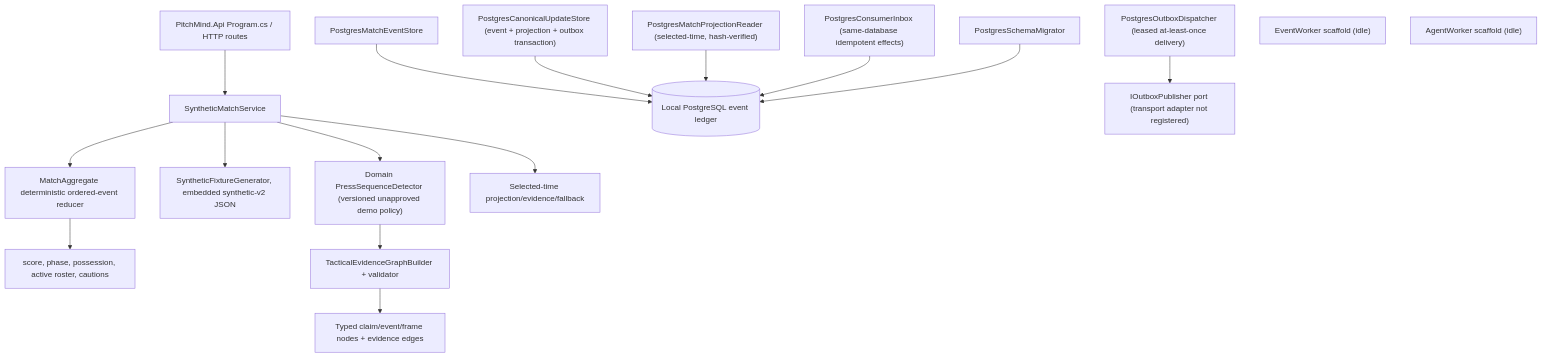
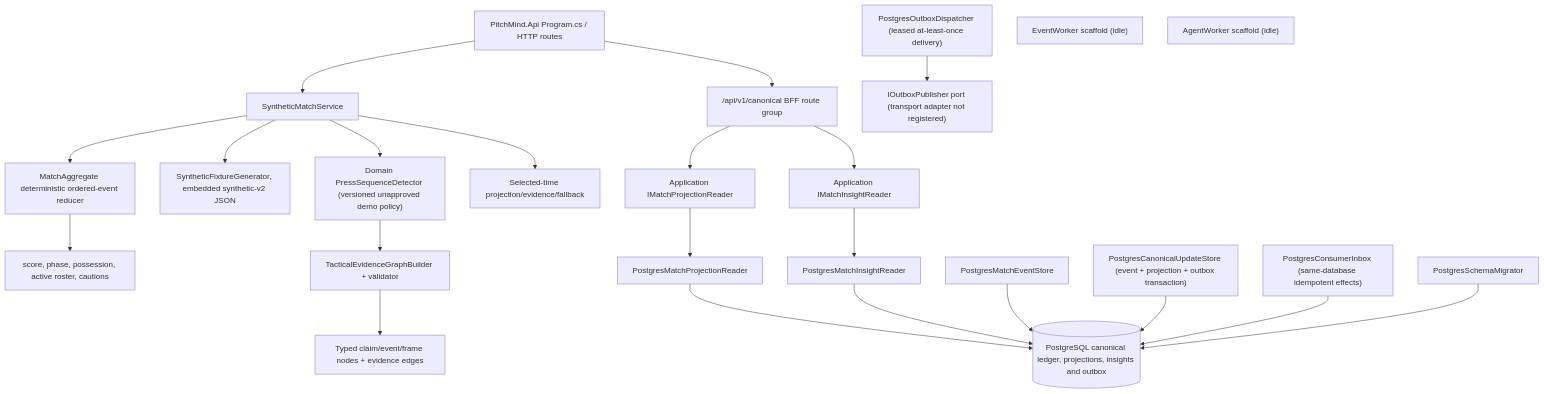
The first of 2 diagrams in docs/architecture/03-components.md (prateekgangopadhyay/PitchMind), drawn with Mermaid before and after one commit. The commit also changed other lines of this file and 21 other files, not shown here.

Commit message:
feat(EP06-S01): add canonical match BFF contracts

````diff
--- a/docs/architecture/03-components.md
+++ b/docs/architecture/03-components.md
@@ -9,19 +9,25 @@
 ```mermaid
 flowchart TB
   API["PitchMind.Api Program.cs / HTTP routes"] --> Match["SyntheticMatchService"]
+  API --> CanonicalRoutes["/api/v1/canonical BFF route group"]
+  CanonicalRoutes --> ProjectionPort["Application IMatchProjectionReader"]
+  CanonicalRoutes --> InsightPort["Application IMatchInsightReader"]
+  ProjectionPort --> ProjectionReader["PostgresMatchProjectionReader"]
+  InsightPort --> InsightReader["PostgresMatchInsightReader"]
+  ProjectionReader --> DB[("PostgreSQL canonical ledger, projections, insights and outbox")]
+  InsightReader --> DB
   Match --> Aggregate["MatchAggregate deterministic ordered-event reducer"]
   Aggregate --> State["score, phase, possession, active roster, cautions"]
   Match --> Fixture["SyntheticFixtureGenerator, embedded synthetic-v2 JSON"]
   Match --> Press["Domain PressSequenceDetector (versioned unapproved demo policy)"]
   Press --> Graph["TacticalEvidenceGraphBuilder + validator"]
   Graph --> Insight["Typed claim/event/frame nodes + evidence edges"]
   Match --> Replay["Selected-time projection/evidence/fallback"]
-  Ledger["PostgresMatchEventStore"] --> DB[("Local PostgreSQL event ledger")]
+  Ledger["PostgresMatchEventStore"] --> DB
   CanonicalWrite["PostgresCanonicalUpdateStore (event + projection + outbox transaction)"] --> DB
-  ProjectionReader["PostgresMatchProjectionReader (selected-time, hash-verified)"] --> DB
   Dispatcher["PostgresOutboxDispatcher (leased at-least-once delivery)"] --> Publisher["IOutboxPublisher port (transport adapter not registered)"]
   Inbox["PostgresConsumerInbox (same-database idempotent effects)"] --> DB
   Migrator["PostgresSchemaMigrator"] --> DB
   EventWorker["EventWorker scaffold (idle)"]
   AgentWorker["AgentWorker scaffold (idle)"]
 ```
````
